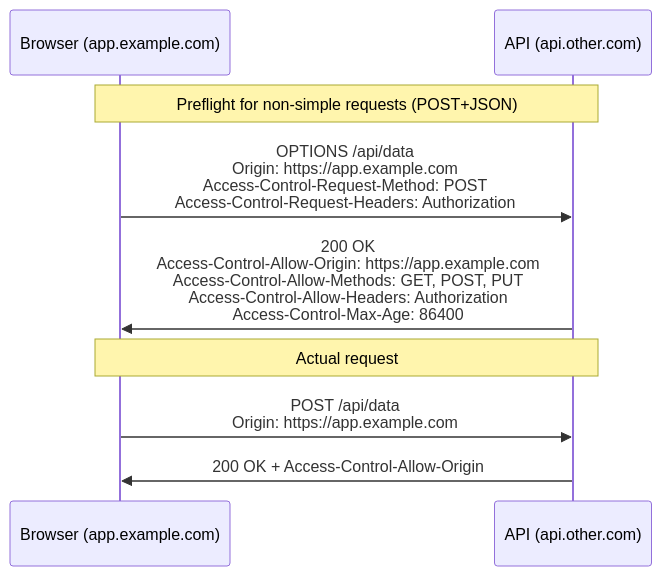
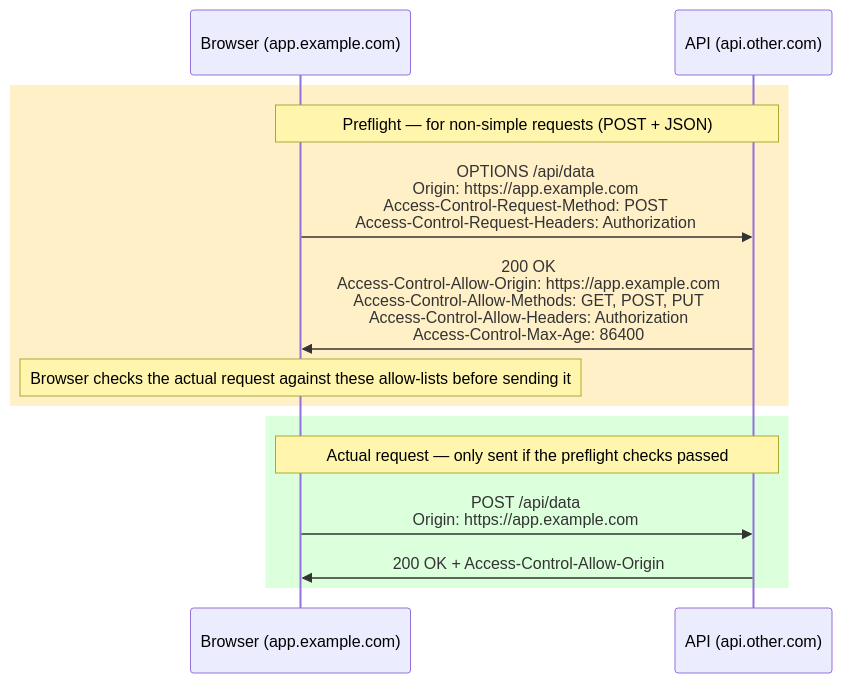
The ninth of 9 diagrams in networking/http-versions.md (deepanshu-rawat6/DevOpsIndex), drawn with Mermaid before and after one commit. The commit also changed other lines of this file and 8 other files, not shown here.

````diff
--- a/networking/http-versions.md
+++ b/networking/http-versions.md
@@ -338,14 +561,18 @@
 ```mermaid
 sequenceDiagram
     participant BROWSER as Browser (app.example.com)
     participant API as API (api.other.com)
 
-    Note over BROWSER,API: Preflight for non-simple requests (POST+JSON)
-    BROWSER->>API: OPTIONS /api/data<br>Origin: https://app.example.com<br>Access-Control-Request-Method: POST<br>Access-Control-Request-Headers: Authorization
+    rect rgb(255, 240, 200)
+        Note over BROWSER,API: Preflight — for non-simple requests (POST + JSON)
+        BROWSER->>API: OPTIONS /api/data<br/>Origin: https://app.example.com<br/>Access-Control-Request-Method: POST<br/>Access-Control-Request-Headers: Authorization
+        API->>BROWSER: 200 OK<br/>Access-Control-Allow-Origin: https://app.example.com<br/>Access-Control-Allow-Methods: GET, POST, PUT<br/>Access-Control-Allow-Headers: Authorization<br/>Access-Control-Max-Age: 86400
+        Note over BROWSER: Browser checks the actual request against these allow-lists before sending it
+    end
 
-    API->>BROWSER: 200 OK<br>Access-Control-Allow-Origin: https://app.example.com<br>Access-Control-Allow-Methods: GET, POST, PUT<br>Access-Control-Allow-Headers: Authorization<br>Access-Control-Max-Age: 86400
-
-    Note over BROWSER,API: Actual request
-    BROWSER->>API: POST /api/data<br>Origin: https://app.example.com
-    API->>BROWSER: 200 OK + Access-Control-Allow-Origin
+    rect rgb(220, 255, 220)
+        Note over BROWSER,API: Actual request — only sent if the preflight checks passed
+        BROWSER->>API: POST /api/data<br/>Origin: https://app.example.com
+        API->>BROWSER: 200 OK + Access-Control-Allow-Origin
+    end
 ```
````
